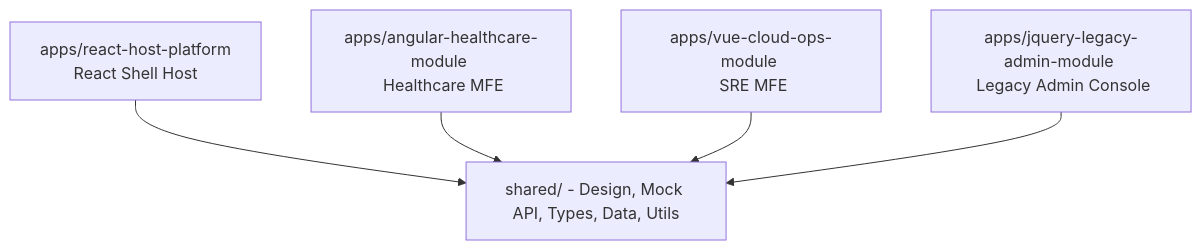
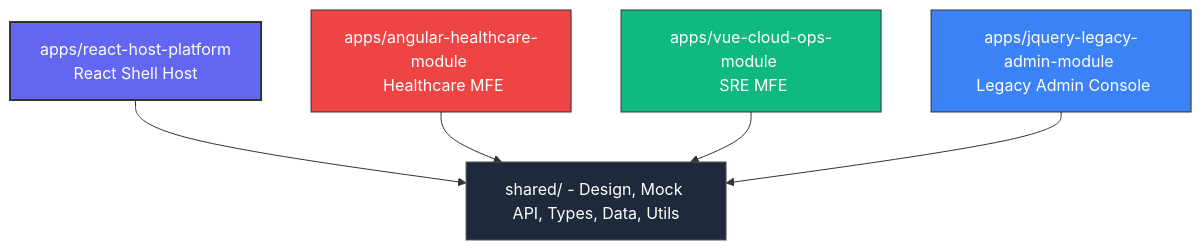
The diagram in README.md (sivad5712/Enterprise-Frontend-Modernization-Platform), drawn with Mermaid before and after one commit. The commit also changed other lines of this file, not shown here.

````diff
--- a/README.md
+++ b/README.md
@@ -48,13 +19,19 @@
 ```mermaid
 graph TD
     ReactHost[apps/react-host-platform <br> React Shell Host]
     Shared[shared/ - Design, Mock API, Types, Data, Utils]
     AngularApp[apps/angular-healthcare-module <br> Healthcare MFE]
     VueApp[apps/vue-cloud-ops-module <br> SRE MFE]
     jQueryApp[apps/jquery-legacy-admin-module <br> Legacy Admin Console]
 
     ReactHost --> Shared
     AngularApp --> Shared
     VueApp --> Shared
     jQueryApp --> Shared
+    
+    style ReactHost fill:#6366f1,stroke:#333,stroke-width:2px,color:#fff
+    style AngularApp fill:#ef4444,stroke:#333,stroke-width:1px,color:#fff
+    style VueApp fill:#10b981,stroke:#333,stroke-width:1px,color:#fff
+    style jQueryApp fill:#3b82f6,stroke:#333,stroke-width:1px,color:#fff
+    style Shared fill:#1e293b,stroke:#555,stroke-width:1px,color:#fff
 ```
````
